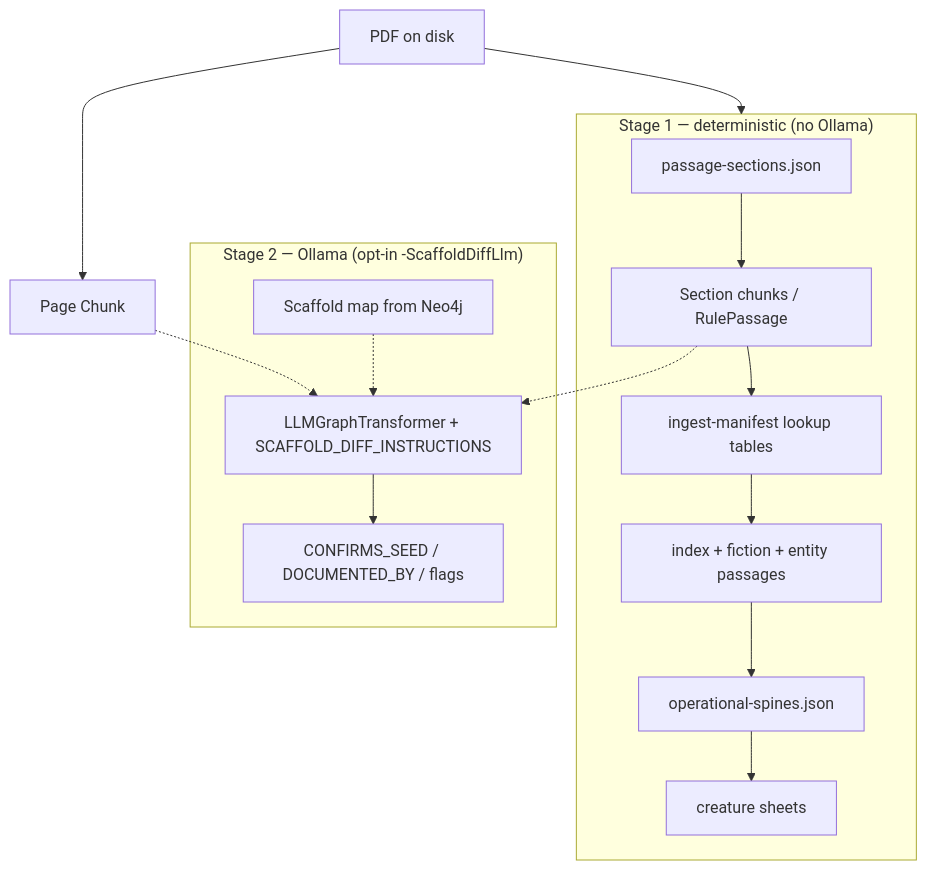
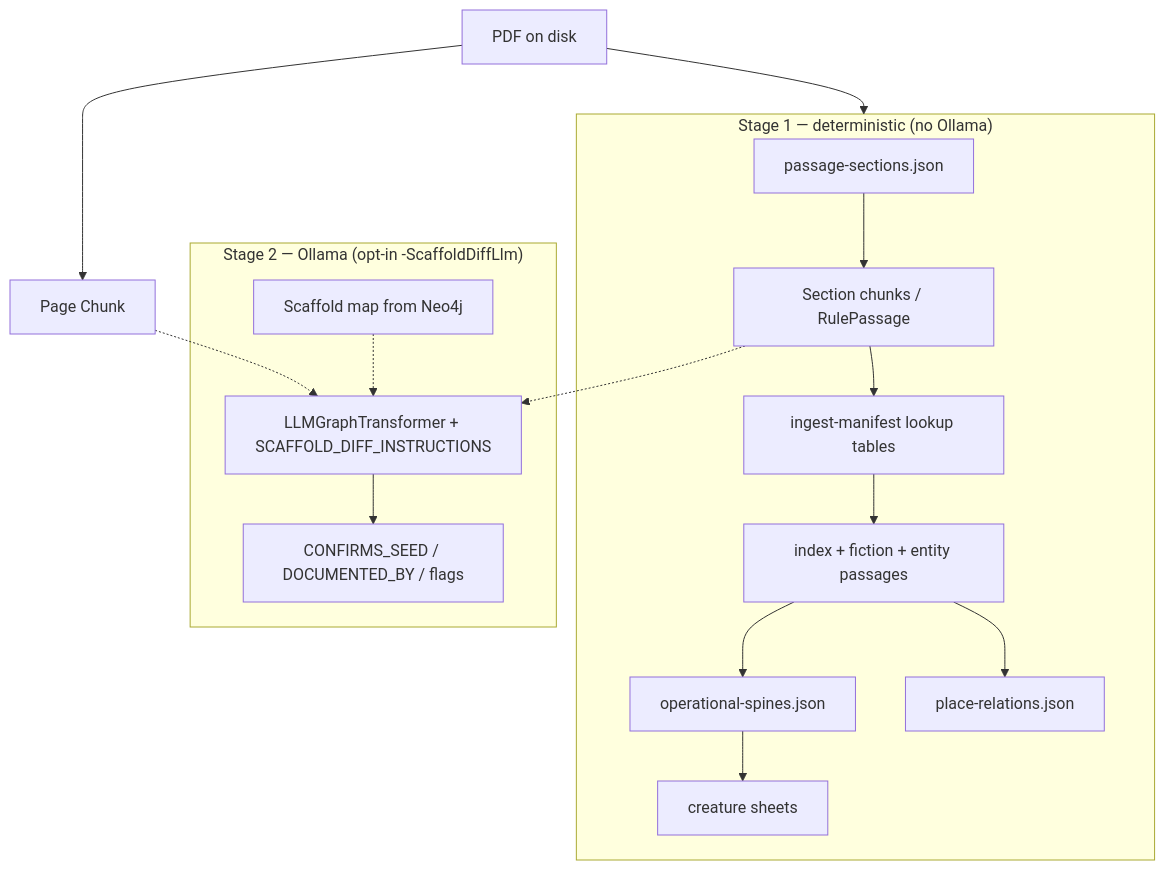
Before and after one commit to MAOShea/pdf-graph-builder: the first of 2 diagrams in design.md, drawn with Mermaid. The commit also changed other lines of this file and 9 other files, not shown here.

Commit message:
ADA seed/retrieve/P1, pgb place-relations + materializer

````diff
--- a/design.md
+++ b/design.md
@@ -108,21 +109,22 @@
 ```mermaid
 flowchart TB
   subgraph Contracts["Stage 1 — deterministic (no Ollama)"]
     A[passage-sections.json] --> B[Section chunks / RulePassage]
     B --> F[ingest-manifest lookup tables]
     F --> C[index + fiction + entity passages]
     C --> D[operational-spines.json]
+    C --> PR[place-relations.json]
     D --> E[creature sheets]
   end
   subgraph LLM["Stage 2 — Ollama (opt-in -ScaffoldDiffLlm)"]
     G[Scaffold map from Neo4j]
     H[LLMGraphTransformer + SCAFFOLD_DIFF_INSTRUCTIONS]
     I[CONFIRMS_SEED / DOCUMENTED_BY / flags]
   end
   PDF[PDF on disk] --> Contracts
   PDF --> Chunks[Page Chunk]
   B -.-> H
   Chunks -.-> H
   G -.-> H
   H --> I
 ```
````
